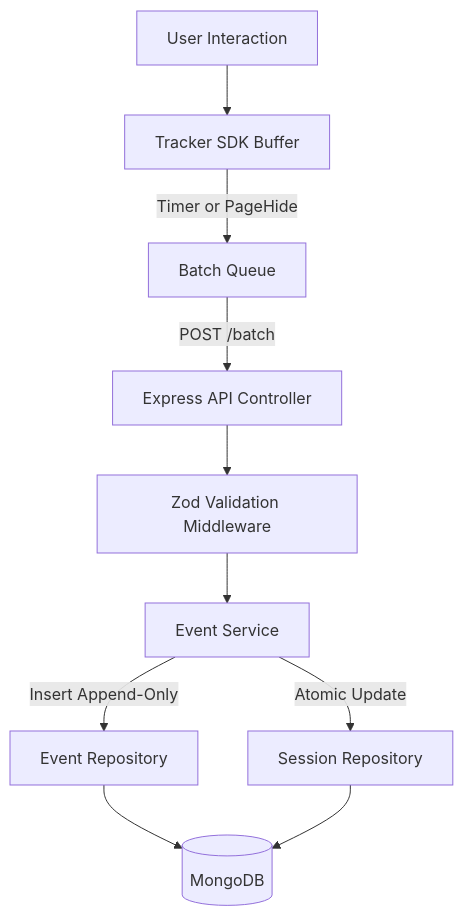
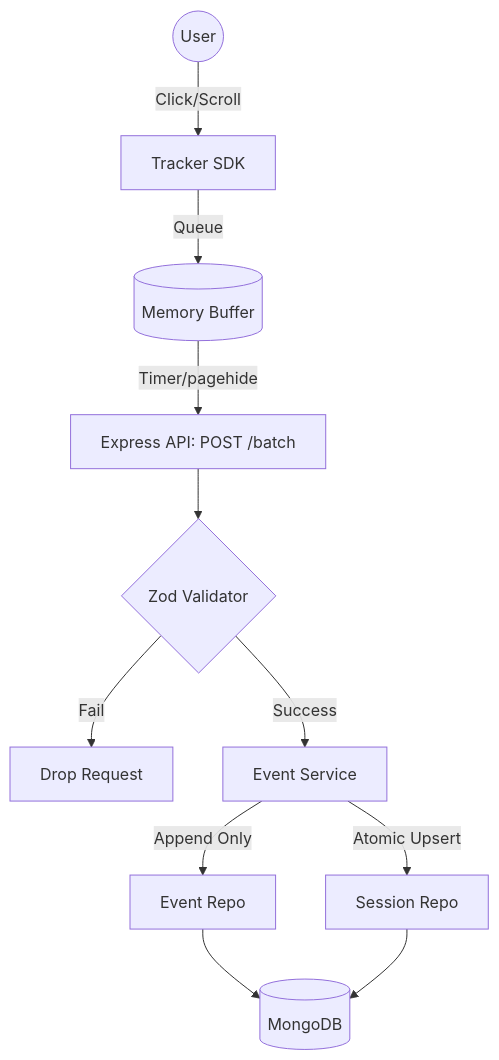
One commit to urvagandhi/User-Analytics-Application changed the second of 9 diagrams in README.md. Above: the diagram before and after it, drawn with Mermaid. The commit also changed other lines of this file and 2 other files, not shown here.

Commit message:
chore: update README documentation and refactor shared event types for consistency

````diff
--- a/README.md
+++ b/README.md
@@ -84,12 +82,13 @@
 ```mermaid
 flowchart TD
-    A[User Interaction] --> B[Tracker SDK Buffer]
-    B -->|Timer or PageHide| C[Batch Queue]
-    C -->|POST /batch| D[Express API Controller]
-    D --> E[Zod Validation Middleware]
-    E --> F[Event Service]
-    F -->|Insert Append-Only| G[Event Repository]
-    F -->|Atomic Update| H[Session Repository]
-    G --> I[(MongoDB)]
-    H --> I
+    User((User)) -->|Click/Scroll| Tracker
+    Tracker[Tracker SDK] -->|Queue| Buffer[(Memory Buffer)]
+    Buffer -->|Timer/pagehide| API[Express API: POST /batch]
+    API --> Validate{Zod Validator}
+    Validate -- Fail --> Drop[Drop Request]
+    Validate -- Success --> Service[Event Service]
+    Service -->|Append Only| RepoEvents[Event Repo]
+    Service -->|Atomic Upsert| RepoSessions[Session Repo]
+    RepoEvents --> DB[(MongoDB)]
+    RepoSessions --> DB
 ```
````
